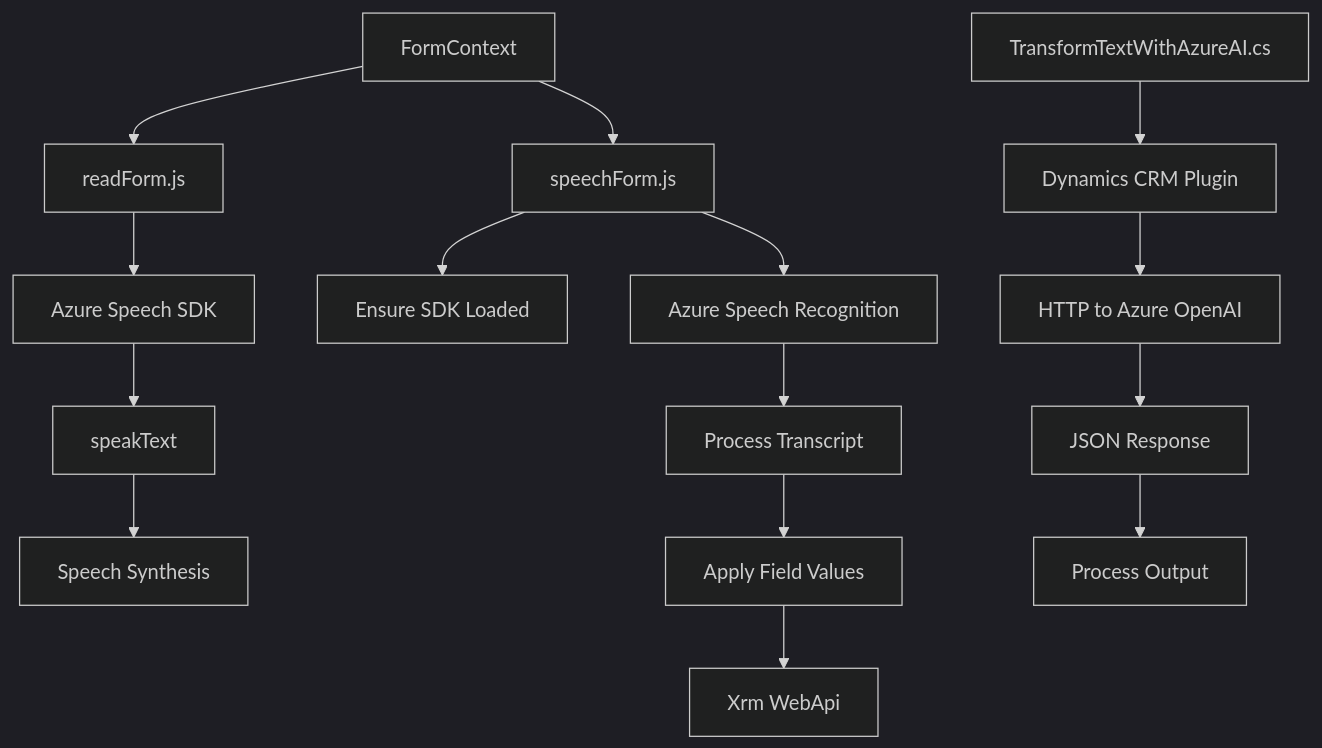
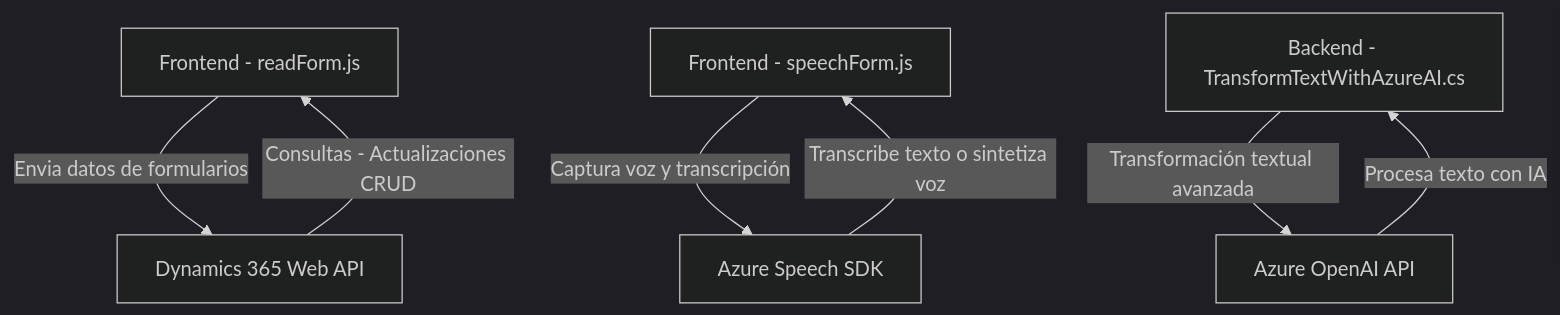
One commit to blopezdm/NETCORE_BILBAO2025 changed the diagram in README.md. Above: the diagram before and after it, drawn with Mermaid (dark theme). The commit also changed other lines of this file, not shown here.

Commit message:
Actualizar análisis global de la solución con IA

````diff
--- a/README.md
+++ b/README.md
@@ -53,17 +59,15 @@
 ```mermaid
 graph TD
-    A["FormContext"] --> B["readForm.js"]
-    B --> C["Azure Speech SDK"]
-    C --> D["speakText"]
-    D --> E["Speech Synthesis"]
-    A --> F["speechForm.js"]
-    F --> G["Ensure SDK Loaded"]
-    F --> H["Azure Speech Recognition"]
-    H --> I["Process Transcript"]
-    I --> J["Apply Field Values"]
-    J --> K["Xrm WebApi"]
-    L["TransformTextWithAzureAI.cs"] --> M["Dynamics CRM Plugin"]
-    M --> N["HTTP to Azure OpenAI"]
-    N --> O["JSON Response"]
-    O --> P["Process Output"]
+    A["Frontend - readForm.js"]
+    B["Frontend - speechForm.js"]
+    C["Backend - TransformTextWithAzureAI.cs"]
+    D["Azure Speech SDK"]
+    E["Azure OpenAI API"]
+    F["Dynamics 365 Web API"]
+    A -- "Envia datos de formularios" --> F
+    B -- "Captura voz y transcripción" --> D
+    D -- "Transcribe texto o sintetiza voz" --> B
+    C -- "Transformación textual avanzada" --> E
+    E -- "Procesa texto con IA" --> C
+    F -- "Consultas - Actualizaciones CRUD" --> A
 ```
````
